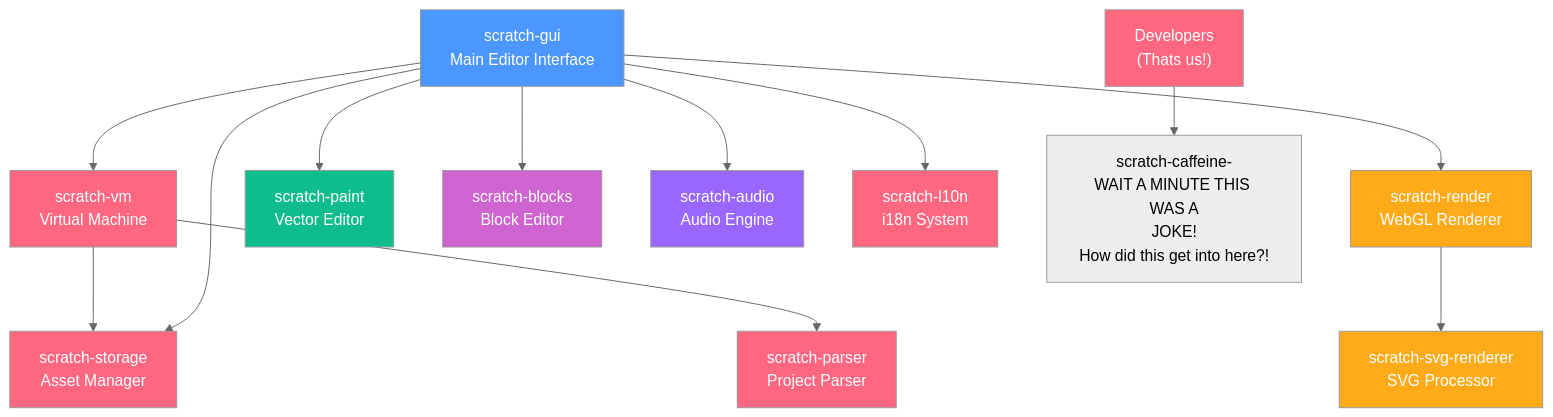
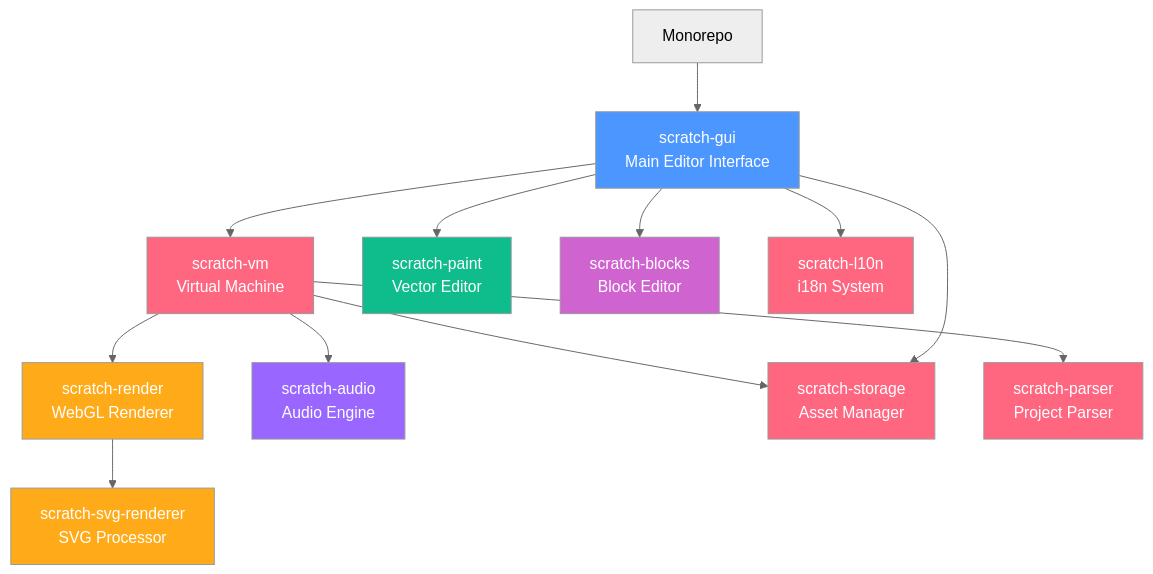
Before and after one commit to OmniBlocks/monorepo: the diagram in README.md, drawn with Mermaid (neutral theme).

Commit message:
update the diagram

````diff
--- a/README.md
+++ b/README.md
@@ -108,41 +108,39 @@
 ```mermaid
 graph TD
-    A["scratch-gui<br/>Main Editor Interface"] --> B["scratch-vm<br/>Virtual Machine"]
-    A --> C["scratch-render<br/>WebGL Renderer"]
+    MR["Monorepo"] --> A["scratch-gui<br/>Main Editor Interface"]
+    A --> B["scratch-vm<br/>Virtual Machine"]
+    B --> C["scratch-render<br/>WebGL Renderer"]
     A --> D["scratch-paint<br/>Vector Editor"]
     A --> E["scratch-blocks<br/>Block Editor"]
-    A --> F["scratch-audio<br/>Audio Engine"]
+    B --> F["scratch-audio<br/>Audio Engine"]
     B --> G["scratch-storage<br/>Asset Manager"]
     C --> H["scratch-svg-renderer<br/>SVG Processor"]
     B --> I["scratch-parser<br/>Project Parser"]
     A --> G
     A --> J["scratch-l10n<br/>i18n System"]
-    K["Developers<br/>(Thats us!)"] --> L["scratch-caffeine-<br/>WAIT A MINUTE THIS WAS A<br/>JOKE!<br/>How did this get into here?!"]
     
     %% Styles
     style A fill:#4C97FF,color:#fff
     style B fill:#FF6680,color:#fff
     style C fill:#FFAB19,color:#fff
     style D fill:#0FBD8C,color:#fff
     style E fill:#CF63CF,color:#fff
     style F fill:#9966FF,color:#fff
     style G fill:#FF6680,color:#fff
     style H fill:#FFAB19,color:#fff
     style I fill:#FF6680,color:#fff
     style J fill:#FF6680,color:#fff
-    style K fill:#FF6680,color:#fff,font:Comic Sans
 
     %% Click Interactions
     click A "https://github.com/OmniBlocks/monorepo/tree/main/scratch-gui" "View scratch-gui in monorepo"
     click B "https://github.com/OmniBlocks/monorepo/tree/main/scratch-vm" "View scratch-vm in monorepo"
     click C "https://github.com/OmniBlocks/monorepo/tree/main/scratch-render" "View scratch-render in monorepo"
     click D "https://github.com/OmniBlocks/monorepo/tree/main/scratch-paint" "View scratch-paint in monorepo"
     click E "https://github.com/OmniBlocks/monorepo/tree/main/scratch-blocks" "View scratch-blocks in monorepo"
     click F "https://github.com/OmniBlocks/scratch-audio" "View scratch-audio repo"
     click G "https://github.com/OmniBlocks/scratch-storage" "View scratch-storage repo"
     click H "https://github.com/OmniBlocks/monorepo/tree/main/scratch-svg-renderer" "View scratch-svg-renderer in monorepo"
     click I "https://github.com/OmniBlocks/scratch-parser" "View scratch-parser repo"
     click J "https://github.com/OmniBlocks/scratch-l10n" "View scratch-l10n repo"
     click K "https://github.com/OmniBlocks/" "Us. This is us :D"
-    click L "https://www.target.com/p/folgers-gourmet-supreme-ground-coffee/-/A-94500862?preselect=13376546#lnk=sametab" "Okay... why IS this here though... It was only a joke!"
 ```
````
